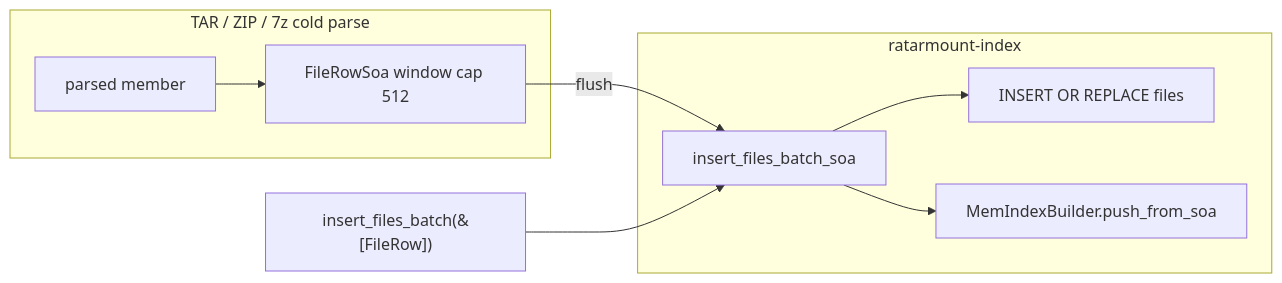
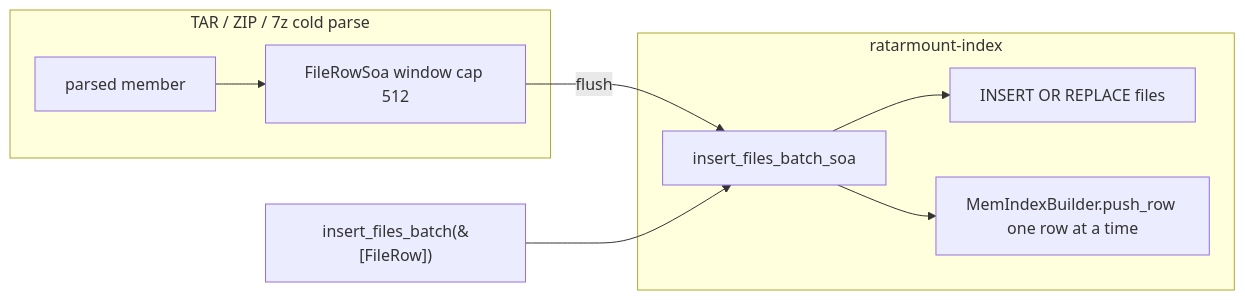
Before and after one commit to hilather/ratarmount-rs: the diagram in docs/tasks/plans/p2-sqlite-bulk-staging.md, drawn with Mermaid. The commit also changed other lines of this file, not shown here.

````diff
--- a/docs/tasks/plans/p2-sqlite-bulk-staging.md
+++ b/docs/tasks/plans/p2-sqlite-bulk-staging.md
@@ -113,17 +113,17 @@
 ```mermaid
 flowchart LR
   subgraph formats [TAR / ZIP / 7z cold parse]
     P[parsed member]
     W[FileRowSoa window cap 512]
     P --> W
   end
   subgraph index [ratarmount-index]
     B[insert_files_batch_soa]
     SQL["INSERT OR REPLACE files"]
-    M[MemIndexBuilder.push_from_soa]
+    M[MemIndexBuilder.push_row one row at a time]
     B --> SQL
     B --> M
   end
   W -->|flush| B
   FileRow["insert_files_batch(&[FileRow])"] --> B
 ```
````
